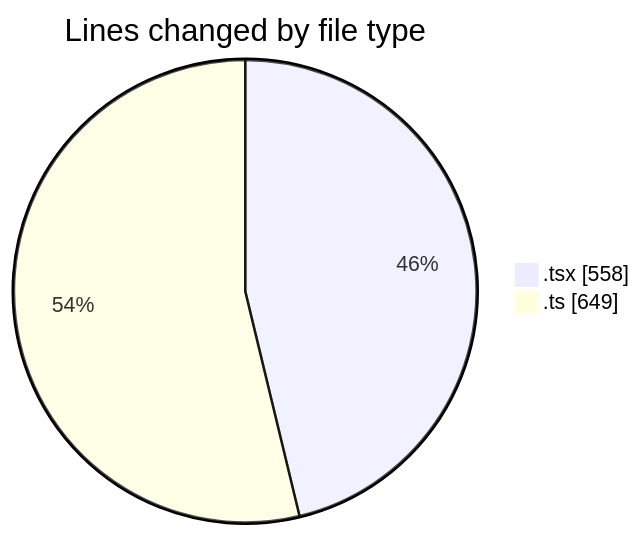
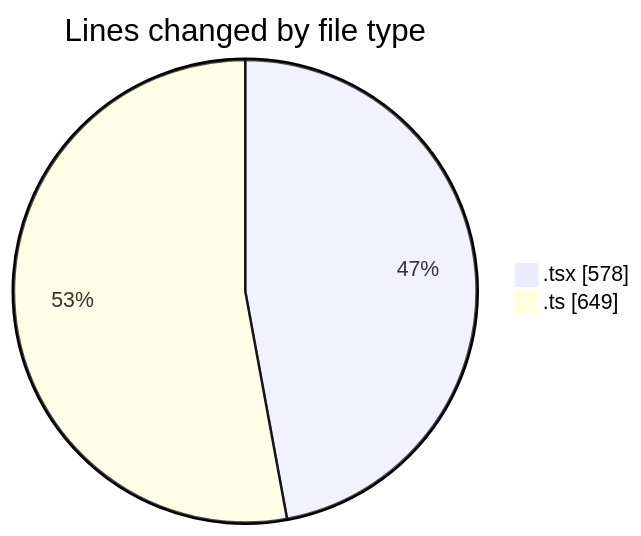
One commit to julien-gomy/code-tracking changed the first of 2 diagrams in 2025-10-15/eventscop-frontend-guide__workspace_/README.md. Above: the diagram before and after it, drawn with Mermaid. The commit also changed other lines of this file and 1 other file, not shown here.

````diff
--- a/2025-10-15/eventscop-frontend-guide__workspace_/README.md
+++ b/2025-10-15/eventscop-frontend-guide__workspace_/README.md
@@ -25,6 +25,6 @@
 ```mermaid
 pie showData
 title Lines changed by file type
-".tsx" : 558
+".tsx" : 578
 ".ts" : 649
 ```
````
